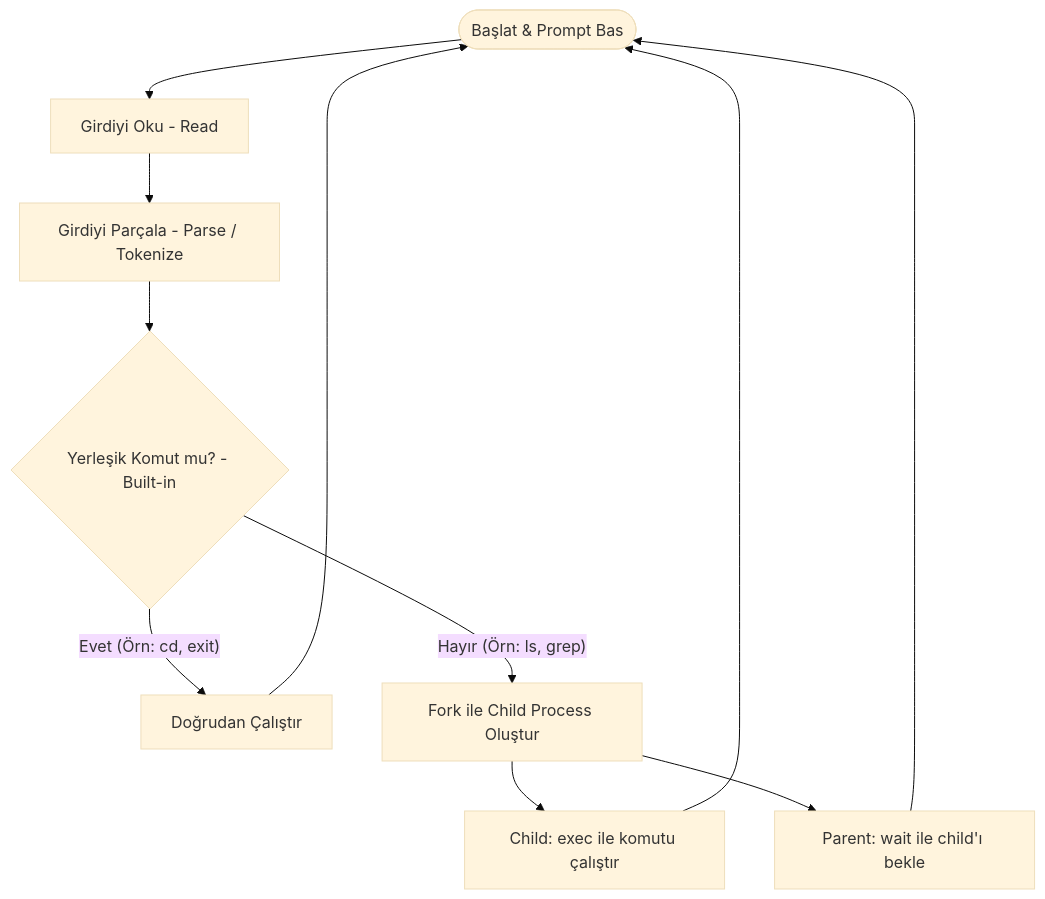
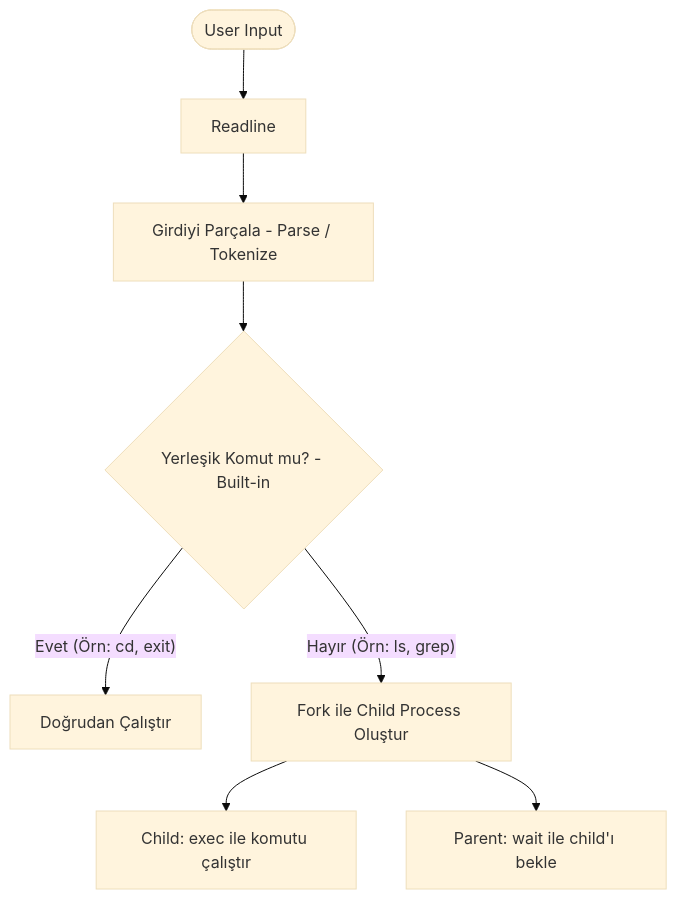
One commit to berkaygmcc/KeldShell changed the diagram in README.md. Above: the diagram before and after it, drawn with Mermaid (base theme).

````diff
--- a/README.md
+++ b/README.md
@@ -277,13 +277,11 @@
 ```mermaid
 graph TD
-    A([Başlat & Prompt Bas]) --> B[Girdiyi Oku - Read]
+    A([User Input]) --> B[Readline]
     B --> C[Girdiyi Parçala - Parse / Tokenize]
     C --> D{Yerleşik Komut mu? - Built-in}
     D -- Evet (Örn: cd, exit) --> E[Doğrudan Çalıştır]
     D -- Hayır (Örn: ls, grep) --> F[Fork ile Child Process Oluştur]
     F --> G[Child: exec ile komutu çalıştır]
     F --> H[Parent: wait ile child'ı bekle]
-    E --> A
-    G --> A
-    H --> A
+
 ```
````
